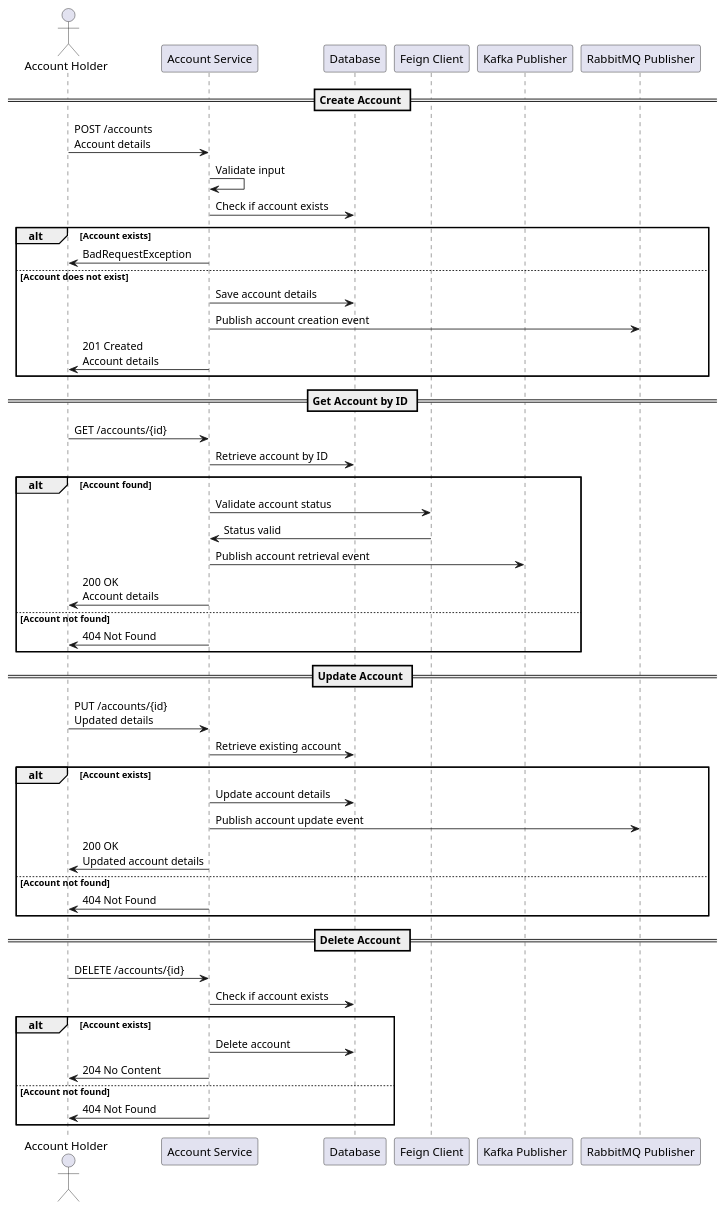
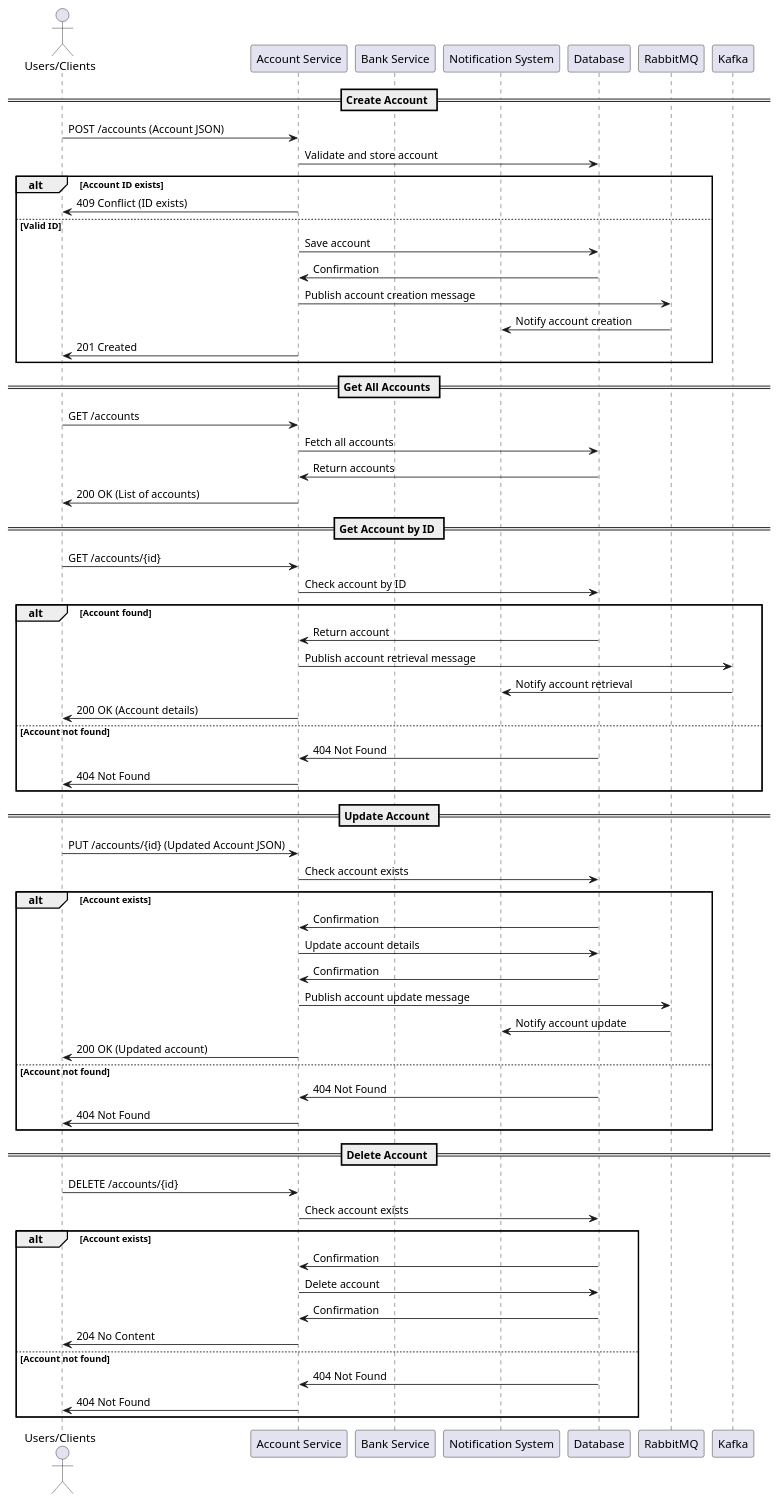
The diagram in design_document/Account_Service.md (Bhaskar-Pavan/AccountService), drawn with PlantUML before and after one commit. The commit also changed other lines of this file, not shown here.

````diff
--- a/design_document/Account_Service.md
+++ b/design_document/Account_Service.md
@@ -37,56 +37,72 @@
 ```plantuml
 @startuml
-actor "Account Holder" as AH
-participant "Account Service" as AS
-participant "Database" as DB
-participant "Feign Client" as FC
-participant "Kafka Publisher" as KP
-participant "RabbitMQ Publisher" as RP
+actor User as "Users/Clients"
+participant "Account Service" as AccountService
+participant "Bank Service" as BankService
+participant "Notification System" as NotificationSystem
+participant "Database" as Database
+participant "RabbitMQ" as RabbitMQ
+participant "Kafka" as Kafka
 
 == Create Account ==
-AH -> AS : POST /accounts\nAccount details
-AS -> AS : Validate input
-AS -> DB : Check if account exists
-alt Account exists
-    AS -> AH : BadRequestException
-else Account does not exist
-    AS -> DB : Save account details
-    AS -> RP : Publish account creation event
-    AS -> AH : 201 Created\nAccount details
+User -> AccountService : POST /accounts (Account JSON)
+AccountService -> Database : Validate and store account
+alt Account ID exists
+    AccountService -> User : 409 Conflict (ID exists)
+else Valid ID
+    AccountService -> Database : Save account
+    Database -> AccountService : Confirmation
+    AccountService -> RabbitMQ : Publish account creation message
+    RabbitMQ -> NotificationSystem : Notify account creation
+    AccountService -> User : 201 Created
 end
 
+== Get All Accounts ==
+User -> AccountService : GET /accounts
+AccountService -> Database : Fetch all accounts
+Database -> AccountService : Return accounts
+AccountService -> User : 200 OK (List of accounts)
+
 == Get Account by ID ==
-AH -> AS : GET /accounts/{id}
-AS -> DB : Retrieve account by ID
+User -> AccountService : GET /accounts/{id}
+AccountService -> Database : Check account by ID
 alt Account found
-    AS -> FC : Validate account status
-    FC -> AS : Status valid
-    AS -> KP : Publish account retrieval event
-    AS -> AH : 200 OK\nAccount details
+    Database -> AccountService : Return account
+    AccountService -> Kafka : Publish account retrieval message
+    Kafka -> NotificationSystem : Notify account retrieval
+    AccountService -> User : 200 OK (Account details)
 else Account not found
-    AS -> AH : 404 Not Found
+    Database -> AccountService : 404 Not Found
+    AccountService -> User : 404 Not Found
 end
 
 == Update Account ==
-AH -> AS : PUT /accounts/{id}\nUpdated details
-AS -> DB : Retrieve existing account
+User -> AccountService : PUT /accounts/{id} (Updated Account JSON)
+AccountService -> Database : Check account exists
 alt Account exists
-    AS -> DB : Update account details
-    AS -> RP : Publish account update event
-    AS -> AH : 200 OK\nUpdated account details
+    Database -> AccountService : Confirmation
+    AccountService -> Database : Update account details
+    Database -> AccountService : Confirmation
+    AccountService -> RabbitMQ : Publish account update message
+    RabbitMQ -> NotificationSystem : Notify account update
+    AccountService -> User : 200 OK (Updated account)
 else Account not found
-    AS -> AH : 404 Not Found
+    Database -> AccountService : 404 Not Found
+    AccountService -> User : 404 Not Found
 end
 
 == Delete Account ==
-AH -> AS : DELETE /accounts/{id}
-AS -> DB : Check if account exists
+User -> AccountService : DELETE /accounts/{id}
+AccountService -> Database : Check account exists
 alt Account exists
-    AS -> DB : Delete account
-    AS -> AH : 204 No Content
+    Database -> AccountService : Confirmation
+    AccountService -> Database : Delete account
+    Database -> AccountService : Confirmation
+    AccountService -> User : 204 No Content
 else Account not found
-    AS -> AH : 404 Not Found
+    Database -> AccountService : 404 Not Found
+    AccountService -> User : 404 Not Found
 end
 
 @enduml
 ```
````
